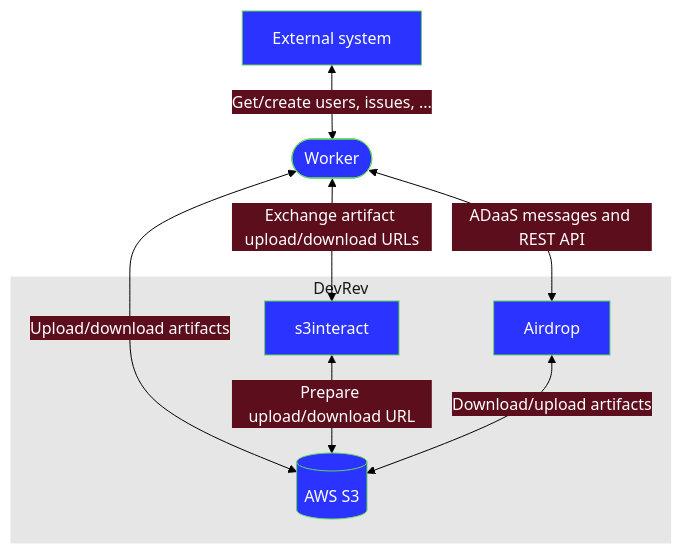
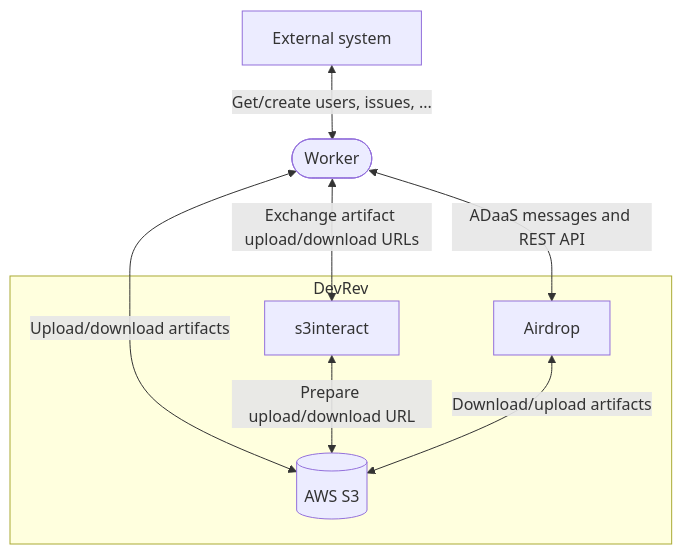
Before and after one commit to devrev/fern-api-docs: the diagram in fern/docs/pages/adaas/overview.mdx, drawn with Mermaid.

Commit message:
no colors

````diff
--- a/fern/docs/pages/adaas/overview.mdx
+++ b/fern/docs/pages/adaas/overview.mdx
@@ -10,36 +10,22 @@
 ```mermaid
 flowchart TD
-%%{
-  init: {
-    'theme': 'base',
-    'themeVariables': {
-        'fontFamily': 'Segoe UI',
-        'lineColor': '#000',
-        'primaryTextColor': 'white',
-        'primaryColor': '#2a33ff',
-        'primaryBorderColor': '#62D65D',
-        'secondaryColor': '#5D0E1C',
-        'tertiaryColor': '#e6e6e6',
-        'clusterBorder': 'white'
-    }
-  }
-}%%
+%%{init: { "fontFamily": "Segoe UI" } }%%
 externalSystem[External system]
 worker([Worker])
 s3interact[s3interact]
 airdrop[Airdrop]
 s3[(AWS S3)]
 
 	externalSystem <-- Get/create users, issues, ... --> worker
 	
 	worker <-- Exchange artifact upload/download URLs --> s3interact
 	worker <-- Upload/download artifacts --> s3
 	worker <-- ADaaS messages and REST API --> airdrop
 
 	
 	subgraph DevRev
 	s3interact <-- Prepare upload/download URL --> s3
 	airdrop <-- Download/upload artifacts --> s3
 	end
 
 ```
````
